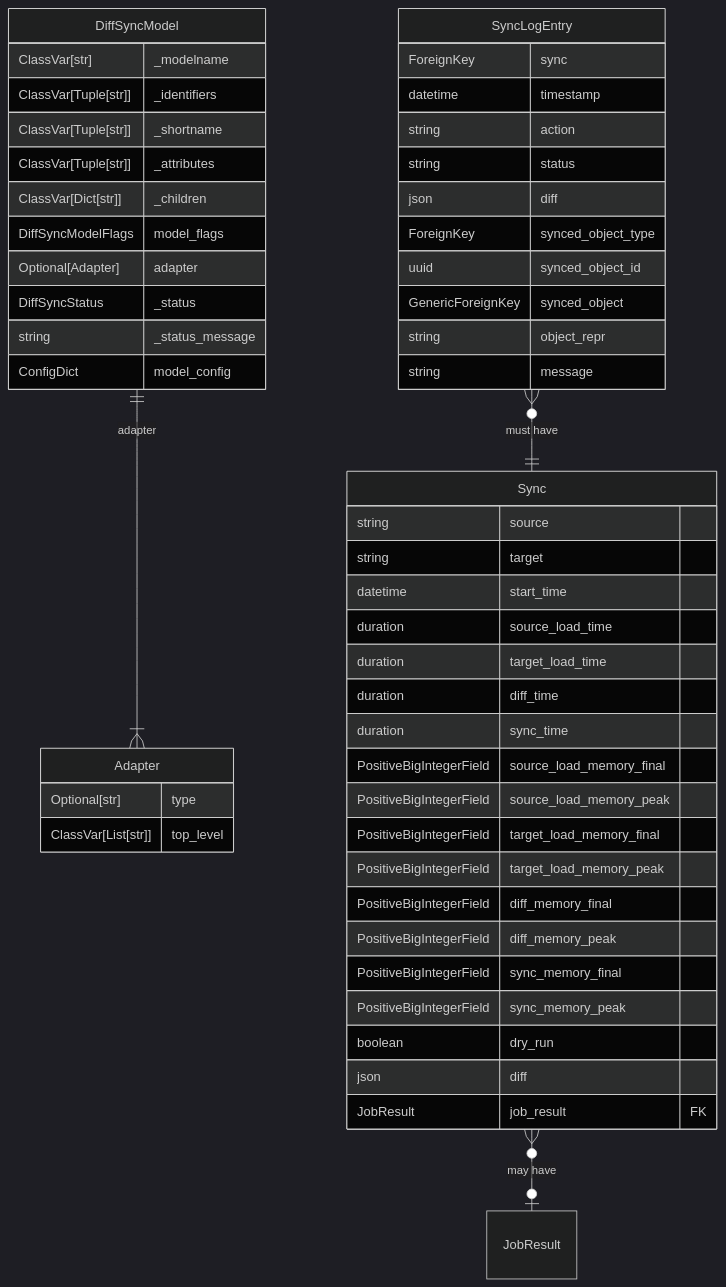
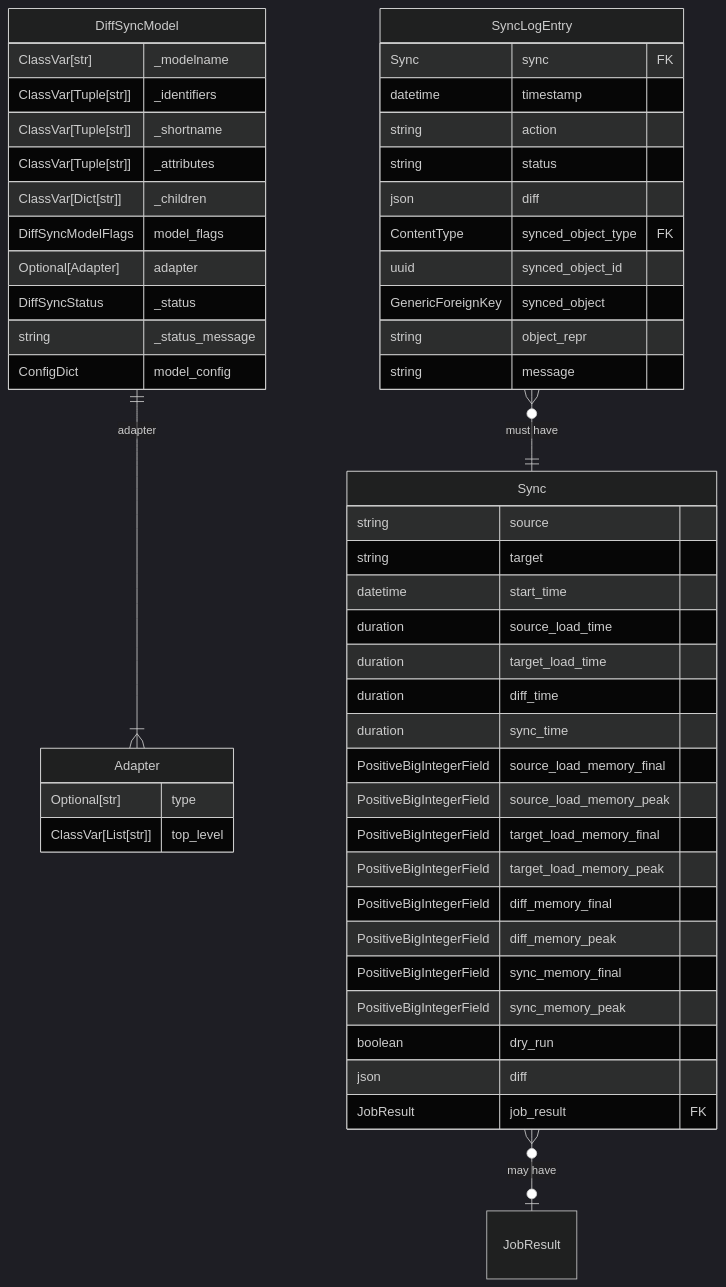
One commit to nautobot/nautobot-app-ssot changed the diagram in docs/dev/diagrams.md. Above: the diagram before and after it, drawn with Mermaid (dark theme).

Commit message:
docs: 📝 More updates from comments

````diff
--- a/docs/dev/diagrams.md
+++ b/docs/dev/diagrams.md
@@ -5,55 +5,55 @@
 ```mermaid
 erDiagram
 DiffSyncModel{
     ClassVar[str] _modelname
     ClassVar[Tuple[str]] _identifiers
     ClassVar[Tuple[str]] _shortname
     ClassVar[Tuple[str]] _attributes
     ClassVar[Dict[str]] _children
     DiffSyncModelFlags model_flags
     Optional[Adapter] adapter
     DiffSyncStatus _status
     string _status_message
     ConfigDict model_config
 }
 Adapter{
     Optional[str] type
     ClassVar[List[str]] top_level
 }
 "nautobot_app_ssot.Sync"[Sync]{
     string source
     string target
     datetime start_time
     duration source_load_time
     duration target_load_time
     duration diff_time
     duration sync_time
     PositiveBigIntegerField source_load_memory_final
     PositiveBigIntegerField source_load_memory_peak
     PositiveBigIntegerField target_load_memory_final
     PositiveBigIntegerField target_load_memory_peak
     PositiveBigIntegerField diff_memory_final
     PositiveBigIntegerField diff_memory_peak
     PositiveBigIntegerField sync_memory_final
     PositiveBigIntegerField sync_memory_peak
     boolean dry_run
     json diff
     JobResult job_result FK
 }
 "nautobot_app_ssot.SyncLogEntry"[SyncLogEntry]{
-    ForeignKey sync
+    Sync sync FK
     datetime timestamp
     string action
     string status
     json diff
-    ForeignKey synced_object_type
+    ContentType synced_object_type FK
     uuid synced_object_id
     GenericForeignKey synced_object
     string object_repr
     string message
 }
 "extras.JobResult"[JobResult]{}
 "nautobot_app_ssot.SyncLogEntry" }o--|| "nautobot_app_ssot.Sync" : "must have"
 "nautobot_app_ssot.Sync" }o--o| "extras.JobResult" : "may have"
 DiffSyncModel||--|{Adapter : adapter
 ```
````
